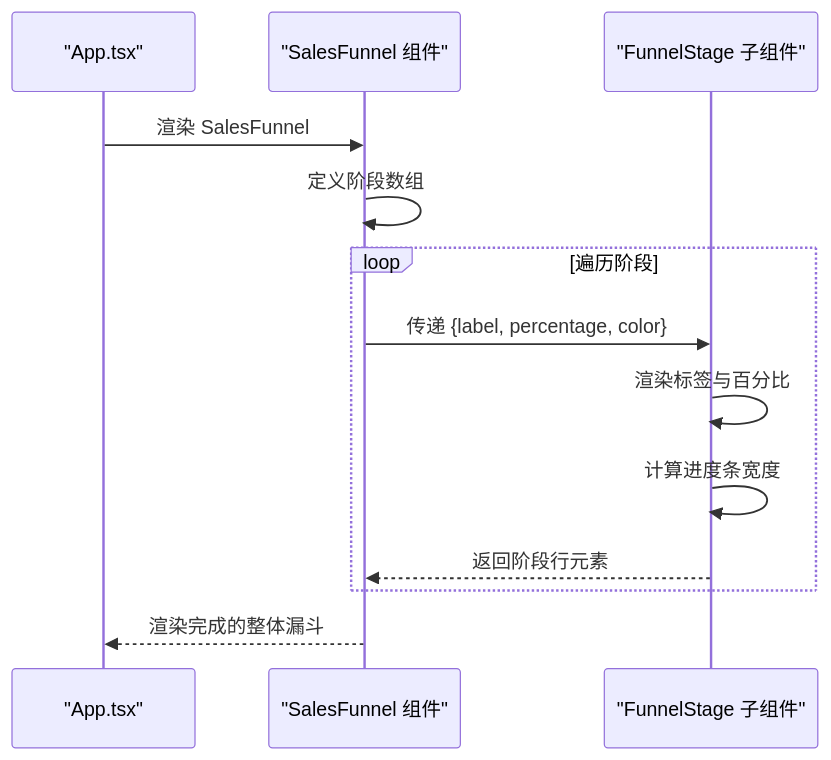
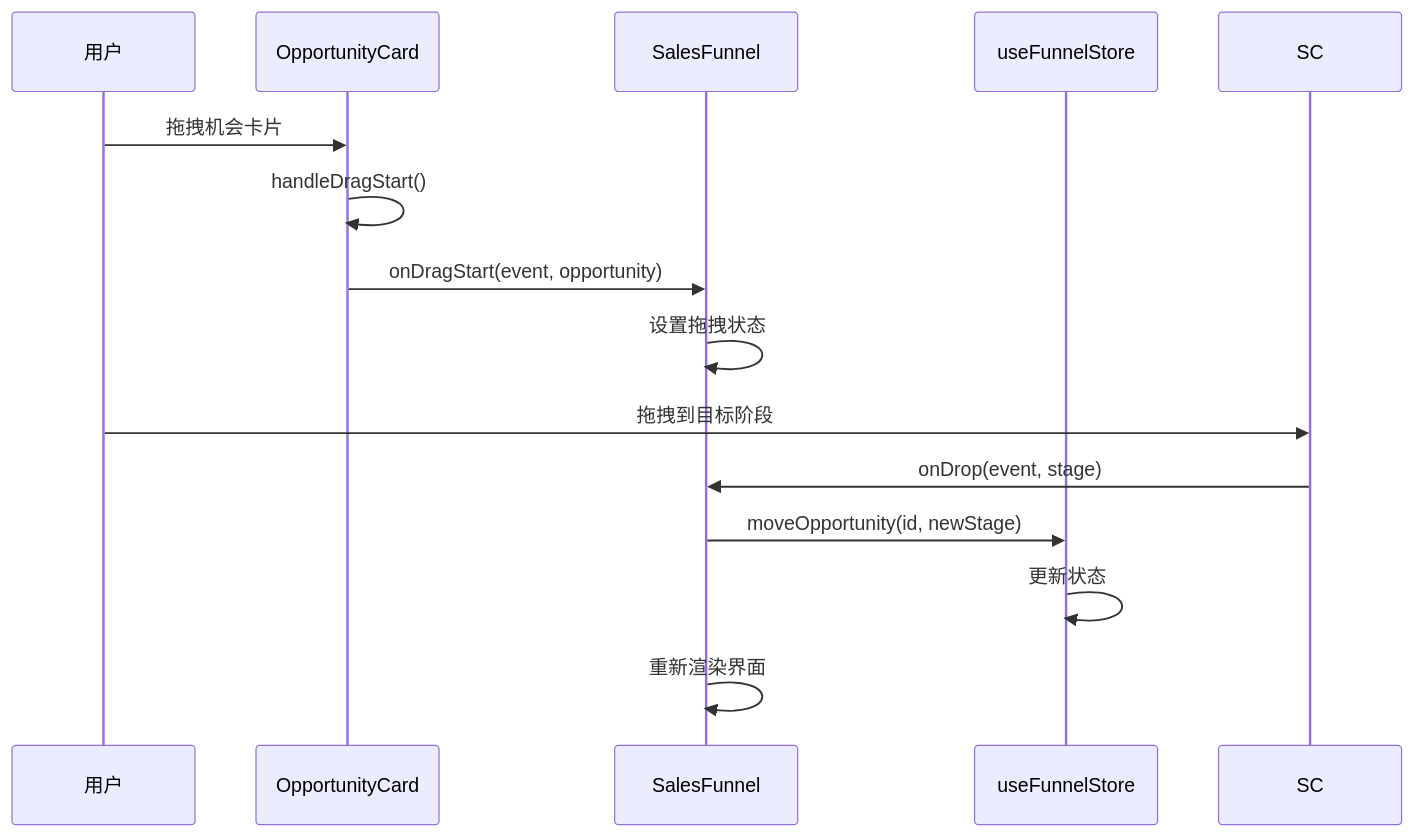
Before and after one commit to xianjianshenqu/SalesFlow-CRM: the third of 5 diagrams in .qoder/repowiki/zh/content/核心组件/销售漏斗组件 (SalesFunnel).md, drawn with Mermaid. The commit also changed other lines of this file and 25 other files, not shown here.

````diff
--- a/.qoder/repowiki/zh/content/核心组件/销售漏斗组件 (SalesFunnel).md
+++ b/.qoder/repowiki/zh/content/核心组件/销售漏斗组件 (SalesFunnel).md
@@ -77,15 +147,16 @@
 ```mermaid
 sequenceDiagram
-participant App as "App.tsx"
-participant SF as "SalesFunnel 组件"
-participant FS as "FunnelStage 子组件"
-App->>SF : 渲染 SalesFunnel
-SF->>SF : 定义阶段数组
-loop 遍历阶段
-SF->>FS : 传递 {label, percentage, color}
-FS->>FS : 渲染标签与百分比
-FS->>FS : 计算进度条宽度
-FS-->>SF : 返回阶段行元素
-end
-SF-->>App : 渲染完成的整体漏斗
+participant U as 用户
+participant OC as OpportunityCard
+participant SF as SalesFunnel
+participant US as useFunnelStore
+U->>OC : 拖拽机会卡片
+OC->>OC : handleDragStart()
+OC->>SF : onDragStart(event, opportunity)
+SF->>SF : 设置拖拽状态
+U->>SC : 拖拽到目标阶段
+SC->>SF : onDrop(event, stage)
+SF->>US : moveOpportunity(id, newStage)
+US->>US : 更新状态
+SF->>SF : 重新渲染界面
 ```
````
